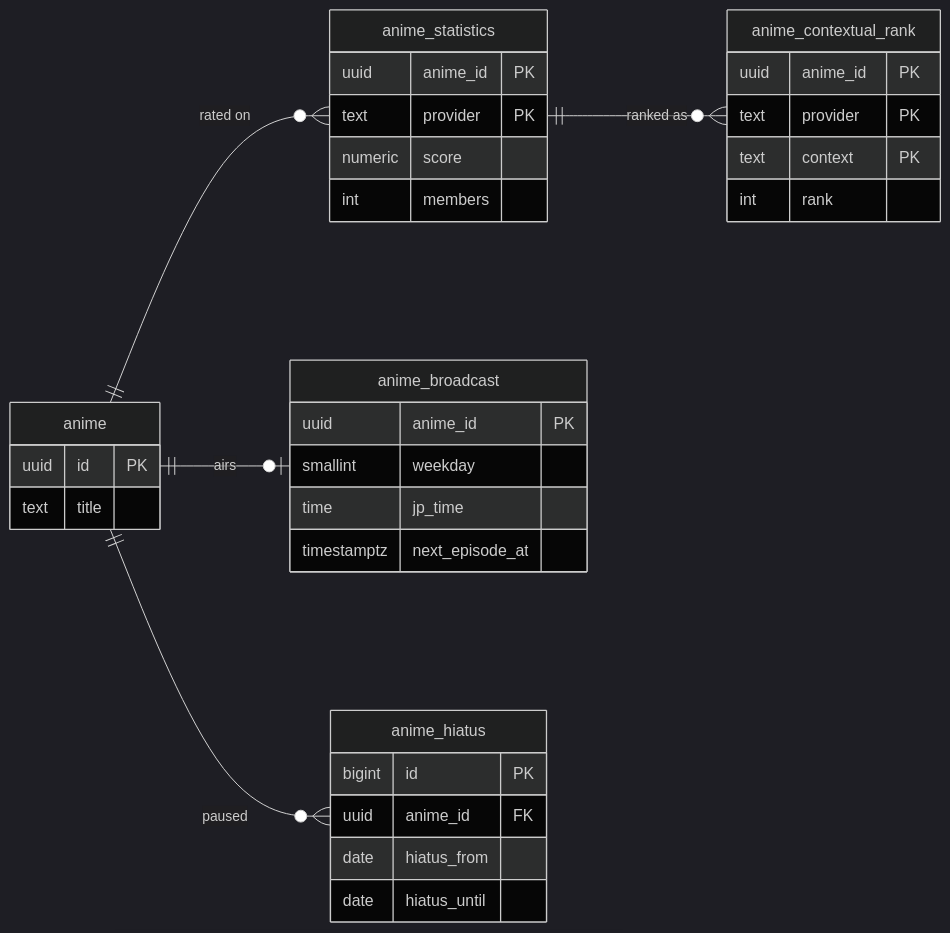
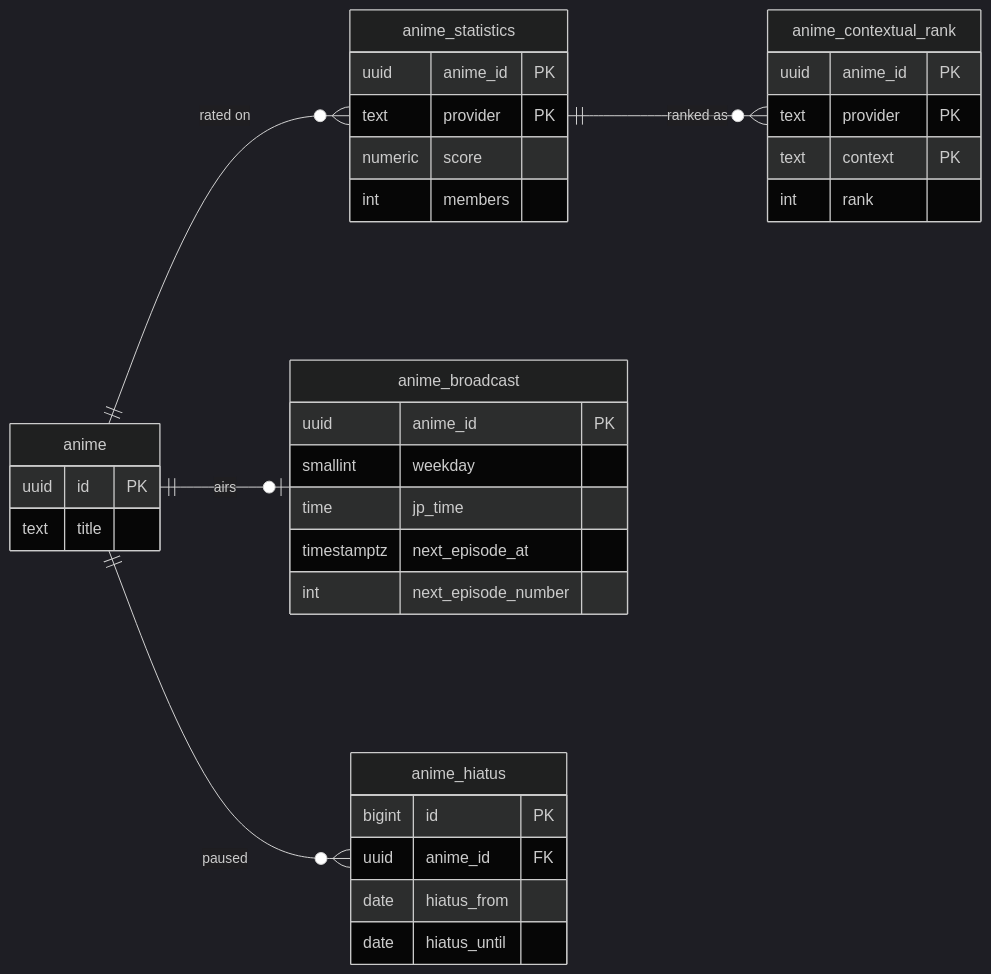
One commit to adnanaq/echora changed the fourth of 7 diagrams in docs/architecture/Database Schema.md. Above: the diagram before and after it, drawn with Mermaid (dark theme). The commit also changed other lines of this file and 9 other files, not shown here.

First line of the commit message:
docs(ECHO-86): apply the schema, Temporal and Rust reviews

````diff
--- a/docs/architecture/Database Schema.md
+++ b/docs/architecture/Database Schema.md
@@ -235,37 +235,38 @@
 ```mermaid
 erDiagram
   direction LR
   anime ||--o{ anime_statistics : "rated on"
   anime_statistics ||--o{ anime_contextual_rank : "ranked as"
   anime ||--o| anime_broadcast : "airs"
   anime ||--o{ anime_hiatus : "paused"
 
   anime {
     uuid id PK
     text title
   }
   anime_statistics {
     uuid anime_id PK
     text provider PK
     numeric score
     int members
   }
   anime_contextual_rank {
     uuid anime_id PK
     text provider PK
     text context PK
     int rank
   }
   anime_broadcast {
     uuid anime_id PK
     smallint weekday
     time jp_time
     timestamptz next_episode_at
+    int next_episode_number
   }
   anime_hiatus {
     bigint id PK
     uuid anime_id FK
     date hiatus_from
     date hiatus_until
   }
 ```
````
